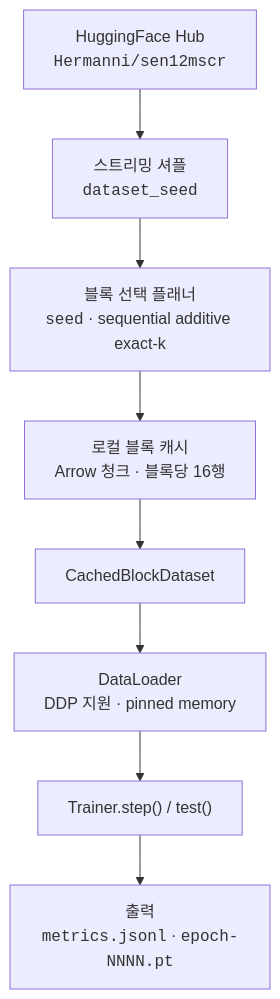
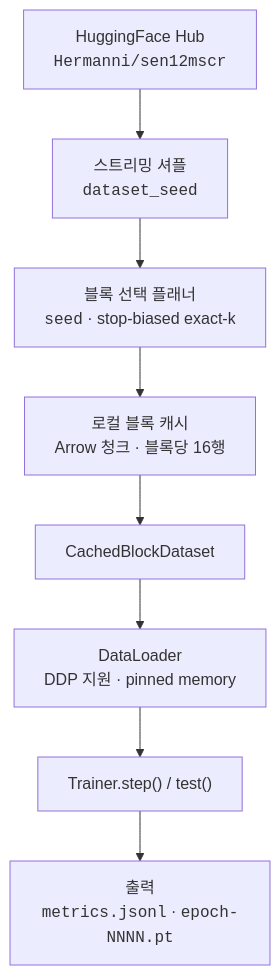
Before and after one commit to smturtle2/cr-train: the diagram in README.ko.md, drawn with Mermaid. The commit also changed other lines of this file and 1 other file, not shown here.

Commit message:
docs: README 내용 업데이트 - stop block 확률표 및 블록 선택 플래너 설명 수정

````diff
--- a/README.ko.md
+++ b/README.ko.md
@@ -120,14 +120,14 @@
 ```mermaid
 flowchart TD
     HF["HuggingFace Hub<br/><code>Hermanni/sen12mscr</code>"]
     SHUFFLE["스트리밍 셔플<br/><code>dataset_seed</code>"]
-    PLAN["블록 선택 플래너<br/><code>seed</code> · sequential additive exact-k"]
+    PLAN["블록 선택 플래너<br/><code>seed</code> · stop-biased exact-k"]
     CACHE["로컬 블록 캐시<br/>Arrow 청크 · 블록당 16행"]
     DS["CachedBlockDataset"]
     DL["DataLoader<br/>DDP 지원 · pinned memory"]
     TRAIN["Trainer.step() / test()"]
     OUT["출력<br/><code>metrics.jsonl</code> · <code>epoch-NNNN.pt</code>"]
 
     HF --> SHUFFLE --> PLAN --> CACHE
     CACHE --> DS --> DL --> TRAIN --> OUT
 ```
````
